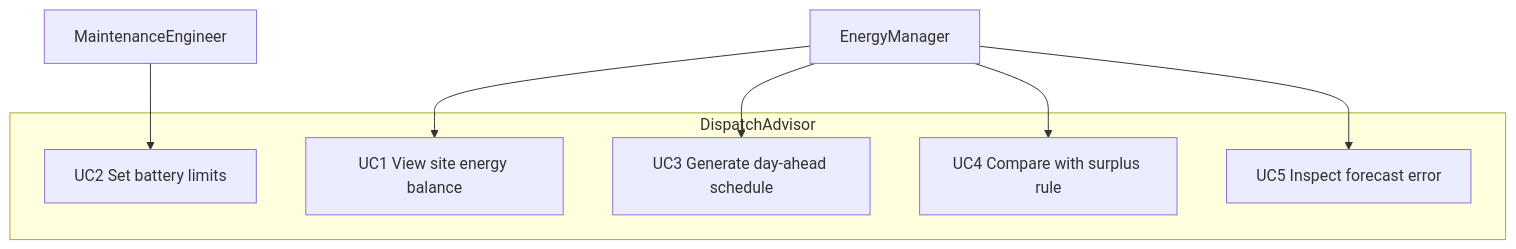
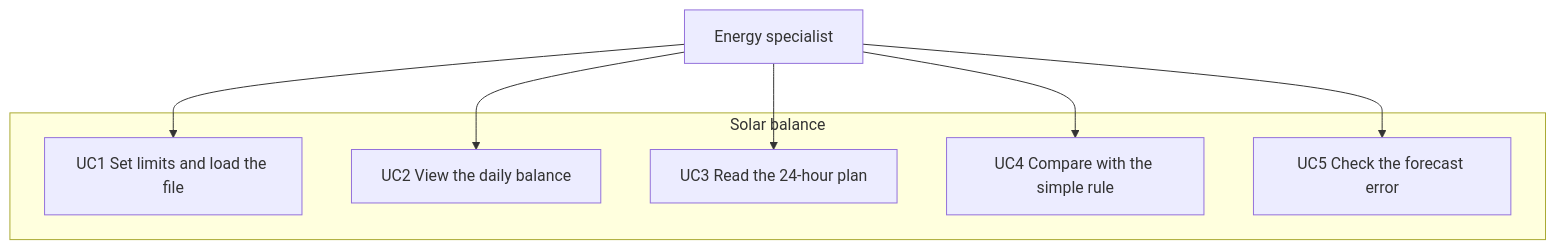
Before and after one commit to MegaSlime-2407/SolarEnergyDiplomaAITU2027: the diagram in diagrams/use-case.mmd, drawn with Mermaid. The commit also changed 11 other files, not shown here.

First line of the commit message:
docs: align the technology, requirements, and architecture with the 24-hour plan

```diff
--- a/diagrams/use-case.mmd
+++ b/diagrams/use-case.mmd
@@ -1,15 +1,14 @@
 flowchart TB
-  energyManager[EnergyManager]
-  maintenanceEngineer[MaintenanceEngineer]
-  subgraph dispatchAdvisor [DispatchAdvisor]
-    uc1[UC1 View site energy balance]
-    uc2[UC2 Set battery limits]
-    uc3[UC3 Generate day-ahead schedule]
-    uc4[UC4 Compare with surplus rule]
-    uc5[UC5 Inspect forecast error]
+  specialist[Energy specialist]
+  subgraph app [Solar balance]
+    uc1[UC1 Set limits and load the file]
+    uc2[UC2 View the daily balance]
+    uc3[UC3 Read the 24-hour plan]
+    uc4[UC4 Compare with the simple rule]
+    uc5[UC5 Check the forecast error]
   end
-  energyManager --> uc1
-  energyManager --> uc3
-  energyManager --> uc4
-  energyManager --> uc5
-  maintenanceEngineer --> uc2
+  specialist --> uc1
+  specialist --> uc2
+  specialist --> uc3
+  specialist --> uc4
+  specialist --> uc5
```
